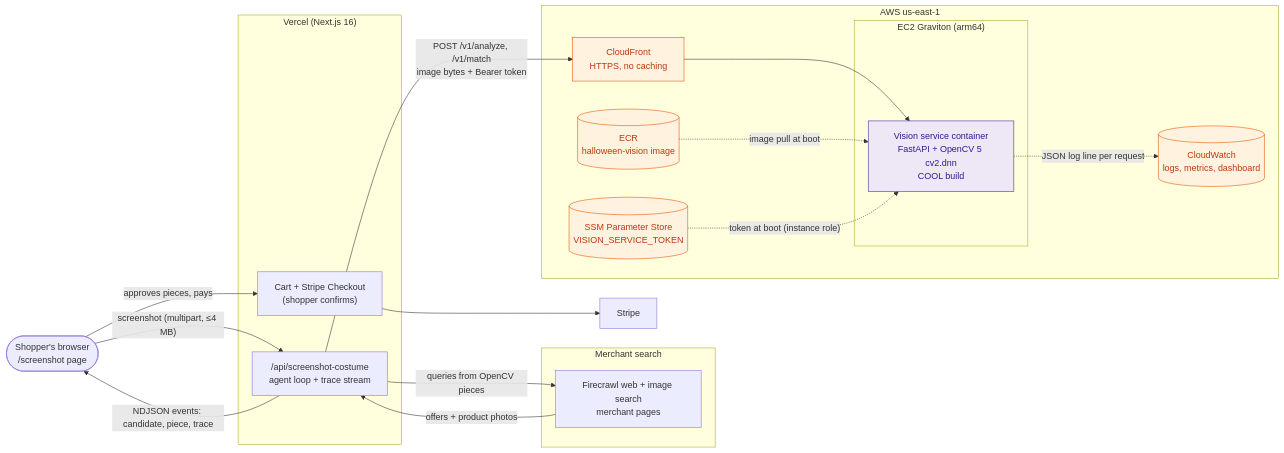
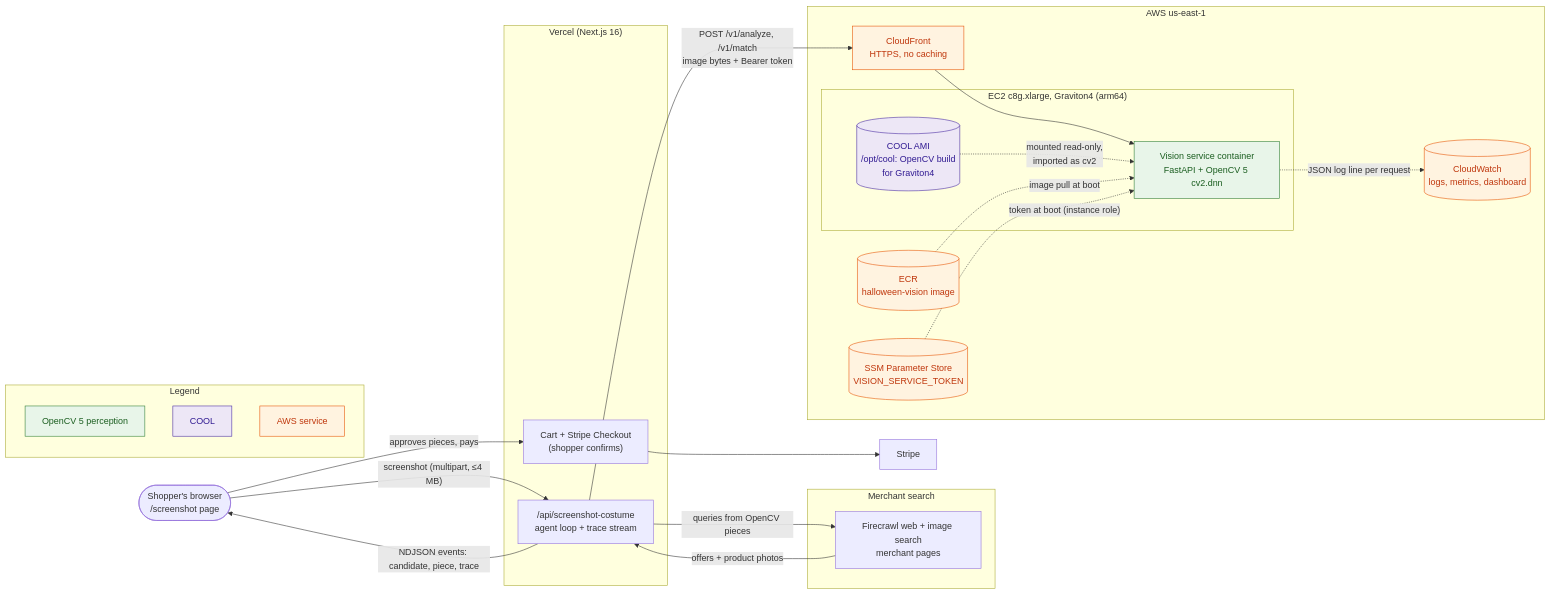
Before and after one commit to ohong/halloween-supply: the diagram in docs/opencv-competition/architecture.mmd, drawn with Mermaid. The commit also changed 1 other file, not shown here.

Commit message:
Show COOL AMI mount and legend in architecture diagram

```diff
--- a/docs/opencv-competition/architecture.mmd
+++ b/docs/opencv-competition/architecture.mmd
@@ -1,42 +1,52 @@
-%% Source for architecture.svg. Render: bunx @mermaid-js/mermaid-cli -i architecture.mmd -o architecture.svg -b transparent
+%% Source for architecture.svg. Render: bunx @mermaid-js/mermaid-cli@11.4.2 -i architecture.mmd -o architecture.svg -b white
 flowchart LR
   shopper(["Shopper's browser<br/>/screenshot page"])
 
   subgraph vercel["Vercel (Next.js 16)"]
     route["/api/screenshot-costume<br/>agent loop + trace stream"]
     checkout["Cart + Stripe Checkout<br/>(shopper confirms)"]
   end
 
   subgraph web["Merchant search"]
     firecrawl["Firecrawl web + image search<br/>merchant pages"]
   end
 
   subgraph aws["AWS us-east-1"]
     cf["CloudFront<br/>HTTPS, no caching"]
-    subgraph ec2["EC2 Graviton (arm64)"]
-      svc["Vision service container<br/>FastAPI + OpenCV 5 cv2.dnn<br/>COOL build"]
+    subgraph ec2["EC2 c8g.xlarge, Graviton4 (arm64)"]
+      cool[("COOL AMI<br/>/opt/cool: OpenCV build<br/>for Graviton4")]
+      svc["Vision service container<br/>FastAPI + OpenCV 5 cv2.dnn"]
     end
     ecr[("ECR<br/>halloween-vision image")]
     ssm[("SSM Parameter Store<br/>VISION_SERVICE_TOKEN")]
     cw[("CloudWatch<br/>logs, metrics, dashboard")]
   end
 
   stripe["Stripe"]
 
   shopper -- "screenshot (multipart, ≤4 MB)" --> route
   route -- "NDJSON events: candidate, piece, trace" --> shopper
   route -- "POST /v1/analyze, /v1/match<br/>image bytes + Bearer token" --> cf
   cf --> svc
   route -- "queries from OpenCV pieces" --> firecrawl
   firecrawl -- "offers + product photos" --> route
+  cool -. "mounted read-only,<br/>imported as cv2" .-> svc
   ecr -. "image pull at boot" .-> svc
   ssm -. "token at boot (instance role)" .-> svc
   svc -. "JSON log line per request" .-> cw
   shopper -- "approves pieces, pays" --> checkout
   checkout --> stripe
 
+  subgraph legend["Legend"]
+    direction TB
+    l1["OpenCV 5 perception"]
+    l2["COOL"]
+    l3["AWS service"]
+  end
+
   classDef opencv fill:#e8f5e9,stroke:#2e7d32,color:#1b5e20
   classDef awsnode fill:#fff3e0,stroke:#e65100,color:#bf360c
   classDef cool fill:#ede7f6,stroke:#4527a0,color:#311b92
-  class svc cool
-  class cf,ecr,ssm,cw awsnode
+  class svc,l1 opencv
+  class cool,l2 cool
+  class cf,ecr,ssm,cw,l3 awsnode
```
